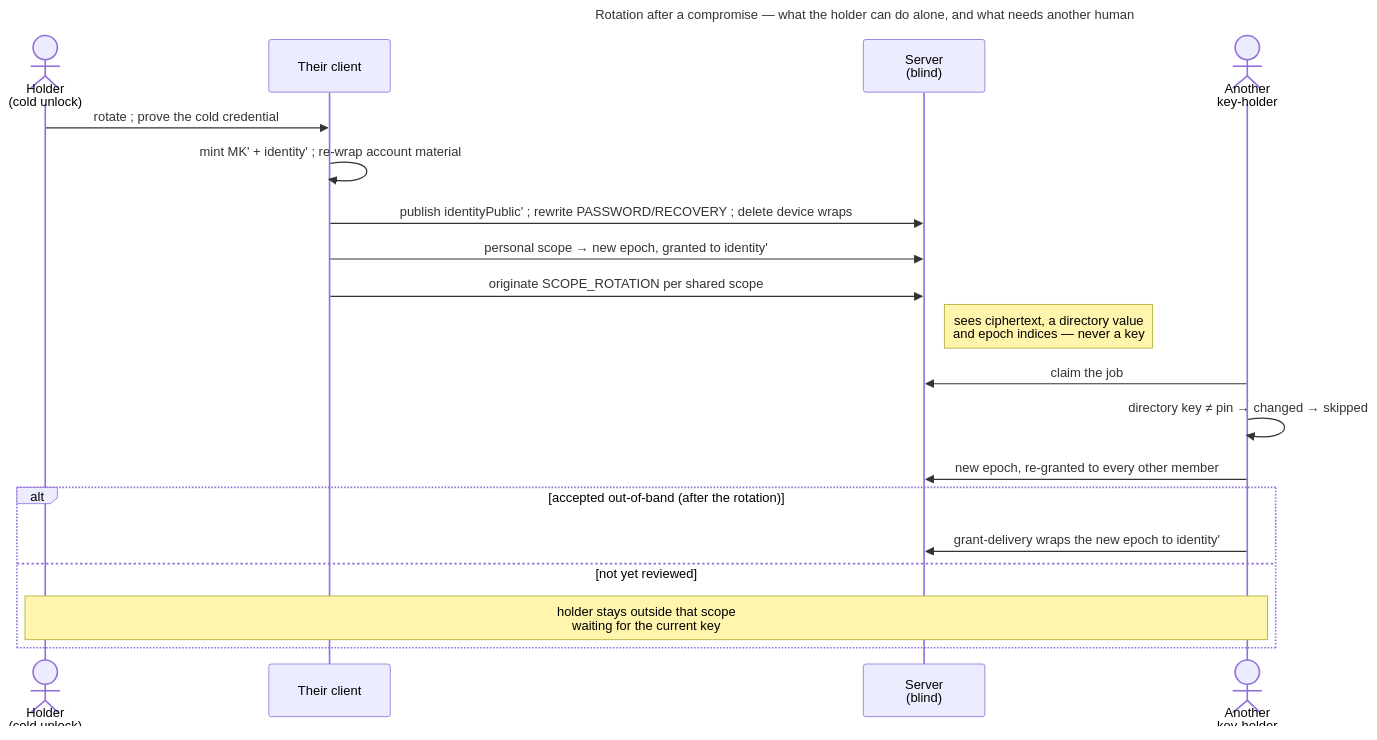
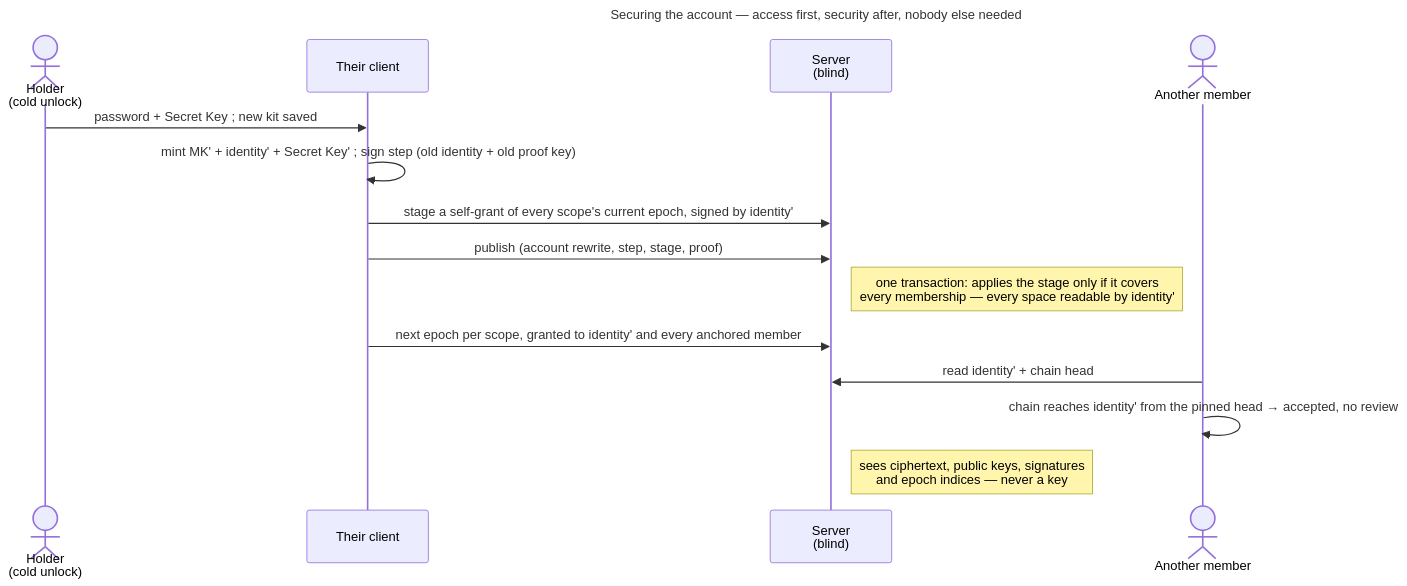
The diagram in docs/features/account/use-cases/uc.account.rotate-keys.md (raddatzk/veyq), drawn with Mermaid before and after one commit. The commit also changed other lines of this file and 26 other files, not shown here.

First line of the commit message:
docs(features): use cases, enablers, security model and coverage state the built key chain and secured account

````diff
--- a/docs/features/account/use-cases/uc.account.rotate-keys.md
+++ b/docs/features/account/use-cases/uc.account.rotate-keys.md
@@ -84,24 +94,19 @@
 ```mermaid
 ---
-title: Rotation after a compromise — what the holder can do alone, and what needs another human
+title: Securing the account — access first, security after, nobody else needed
 ---
 sequenceDiagram
   actor U as Holder<br>(cold unlock)
   participant C as Their client
   participant S as Server<br>(blind)
-  actor M as Another<br>key-holder
-  U->>C: rotate #59; prove the cold credential
-  C->>C: mint MK' + identity' #59; re-wrap account material
-  C->>S: publish identityPublic' #59; rewrite PASSWORD/RECOVERY #59; delete device wraps
-  C->>S: personal scope → new epoch, granted to identity'
-  C->>S: originate SCOPE_ROTATION per shared scope
-  Note right of S: sees ciphertext, a directory value<br>and epoch indices — never a key
-  M->>S: claim the job
-  M->>M: directory key ≠ pin → changed → skipped
-  M->>S: new epoch, re-granted to every other member
-  alt accepted out-of-band (after the rotation)
-  M->>S: grant-delivery wraps the new epoch to identity'
-  else not yet reviewed
-  Note over U,M: holder stays outside that scope<br>waiting for the current key
-  end
+  actor M as Another member
+  U->>C: password + Secret Key #59; new kit saved
+  C->>C: mint MK' + identity' + Secret Key' #59; sign step (old identity + old proof key)
+  C->>S: stage a self-grant of every scope's current epoch, signed by identity'
+  C->>S: publish (account rewrite, step, stage, proof)
+  Note right of S: one transaction: applies the stage only if it covers<br>every membership — every space readable by identity'
+  C->>S: next epoch per scope, granted to identity' and every anchored member
+  M->>S: read identity' + chain head
+  M->>M: chain reaches identity' from the pinned head → accepted, no review
+  Note right of S: sees ciphertext, public keys, signatures<br>and epoch indices — never a key
 ```
````
